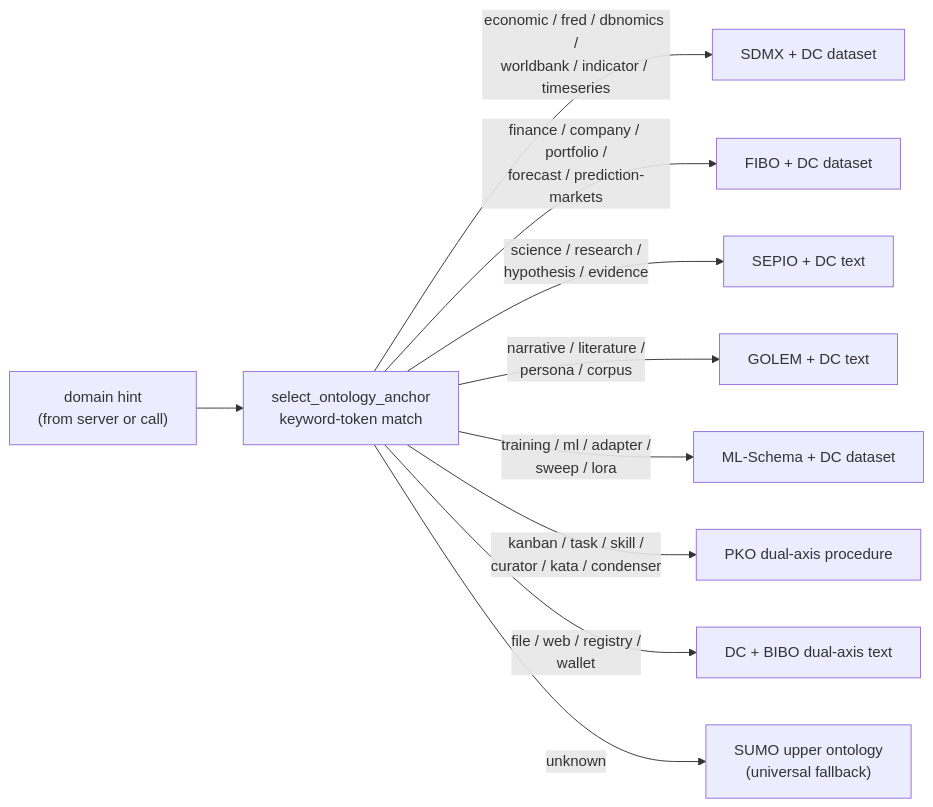
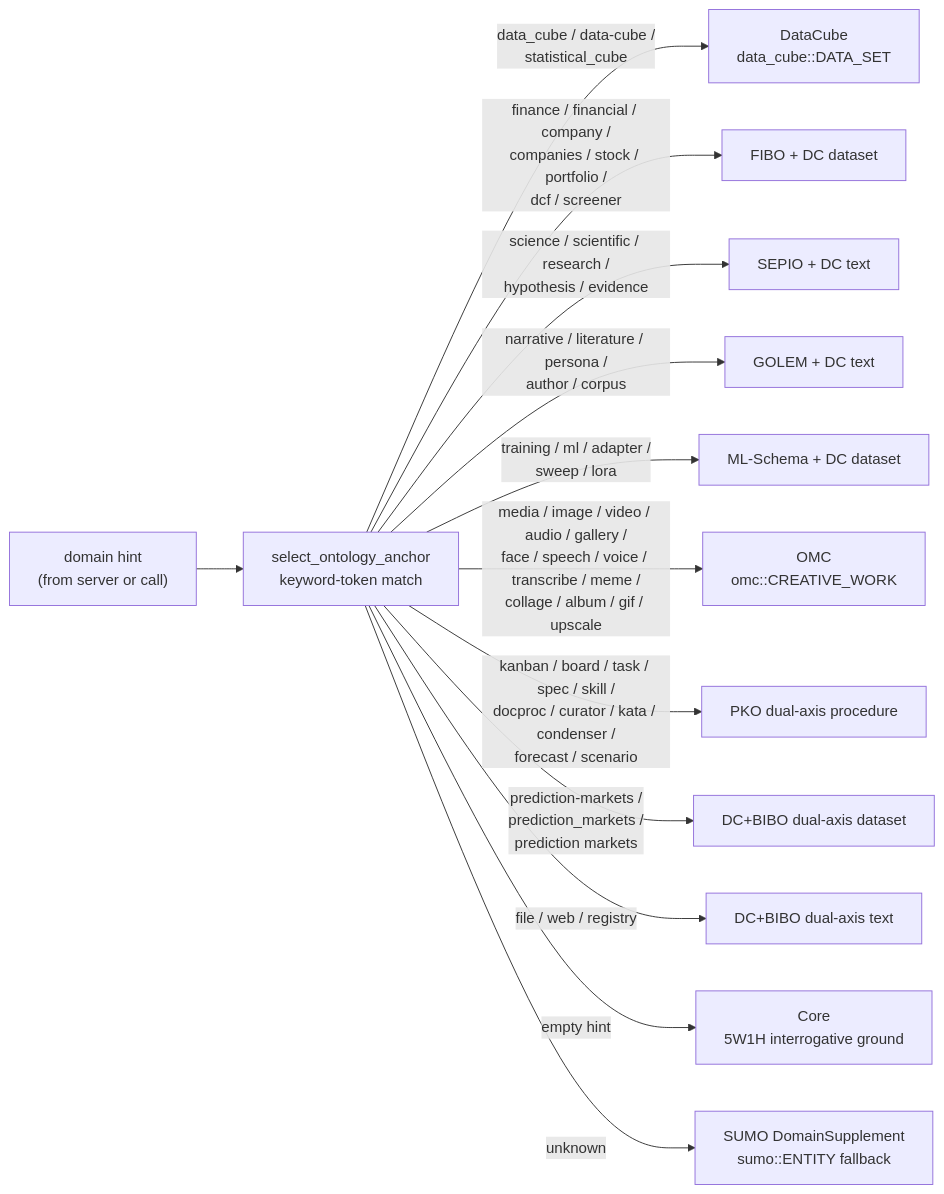
One commit to mdz-axo/zed-kask changed the seventh of 13 diagrams in kask/docs/diagrams/architecture.md. Above: the diagram before and after it, drawn with Mermaid. The commit also changed other lines of this file and 43 other files, not shown here.

````diff
--- a/kask/docs/diagrams/architecture.md
+++ b/kask/docs/diagrams/architecture.md
@@ -368,14 +317,17 @@
 ```mermaid
 flowchart LR
     domain["domain hint<br/>(from server or call)"]
     select["select_ontology_anchor<br/>keyword-token match"]
     domain --> select
-    select -->|"economic / fred / dbnomics /<br/>worldbank / indicator / timeseries"| sdmx_anchor["SDMX + DC dataset"]
-    select -->|"finance / company / portfolio /<br/>forecast / prediction-markets"| fibo_anchor["FIBO + DC dataset"]
-    select -->|"science / research /<br/>hypothesis / evidence"| sepio_anchor["SEPIO + DC text"]
-    select -->|"narrative / literature /<br/>persona / corpus"| golem_anchor["GOLEM + DC text"]
+    select -->|"data_cube / data-cube /<br/>statistical_cube"| dcube_anchor["DataCube<br/>data_cube::DATA_SET"]
+    select -->|"finance / financial / company /<br/>companies / stock / portfolio /<br/>dcf / screener"| fibo_anchor["FIBO + DC dataset"]
+    select -->|"science / scientific / research /<br/>hypothesis / evidence"| sepio_anchor["SEPIO + DC text"]
+    select -->|"narrative / literature / persona /<br/>author / corpus"| golem_anchor["GOLEM + DC text"]
     select -->|"training / ml / adapter /<br/>sweep / lora"| ml_anchor["ML-Schema + DC dataset"]
-    select -->|"kanban / task / skill /<br/>curator / kata / condenser"| pko_anchor["PKO dual-axis procedure"]
-    select -->|"file / web / registry /<br/>wallet"| dc_anchor["DC + BIBO dual-axis text"]
-    select -->|"unknown"| sumo_anchor["SUMO upper ontology<br/>(universal fallback)"]
+    select -->|"media / image / video / audio / gallery /<br/>face / speech / voice / transcribe / meme /<br/>collage / album / gif / upscale"| omc_anchor["OMC<br/>omc::CREATIVE_WORK"]
+    select -->|"kanban / board / task / spec / skill /<br/>docproc / curator / kata / condenser /<br/>forecast / scenario"| pko_anchor["PKO dual-axis procedure"]
+    select -->|"prediction-markets /<br/>prediction_markets /<br/>prediction markets"| pm_anchor["DC+BIBO dual-axis dataset"]
+    select -->|"file / web / registry"| dc_anchor["DC+BIBO dual-axis text"]
+    select -->|"empty hint"| core["Core<br/>5W1H interrogative ground"]
+    select -->|"unknown"| sumo_anchor["SUMO DomainSupplement<br/>sumo::ENTITY fallback"]
 ```
````
